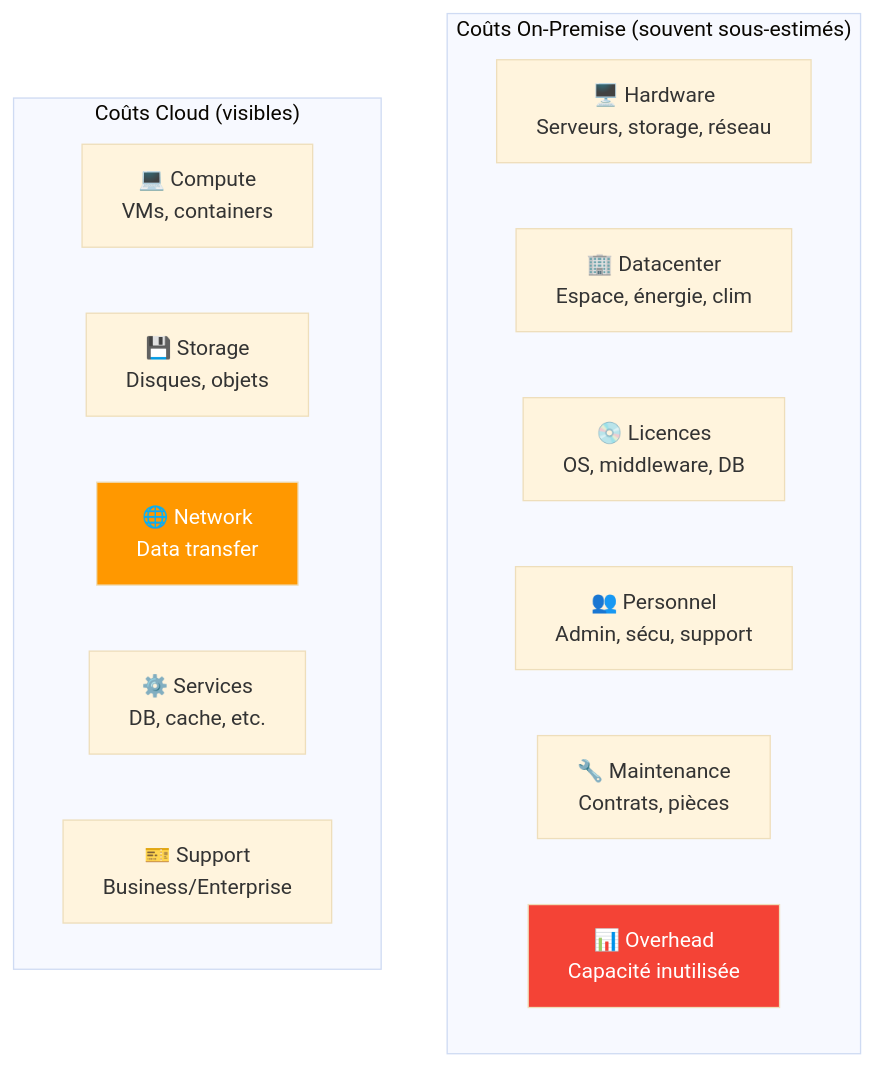
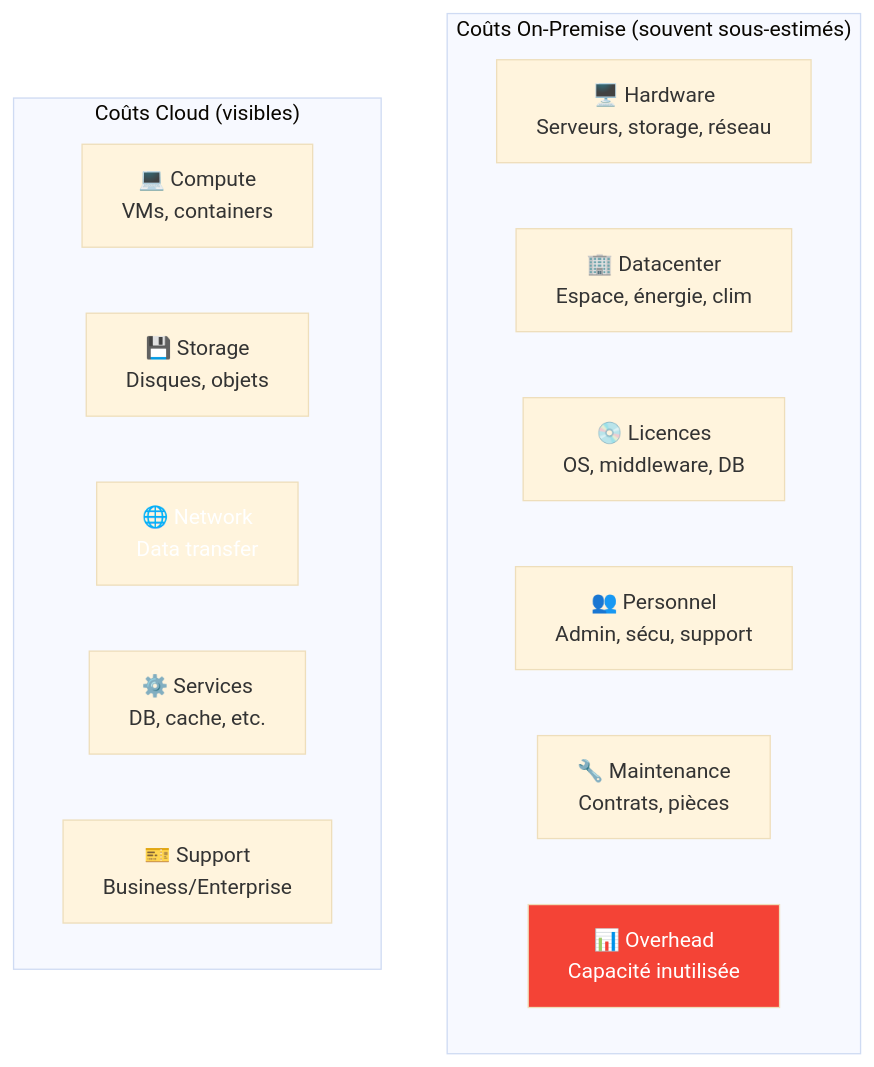
The sixth of 15 diagrams in docs/formations/cloud-fundamentals/11-module.md (VBlackJack/ShellBook), drawn with Mermaid (base theme) before and after one commit. The commit also changed other lines of this file and 337 other files, not shown here.

First line of the commit message:
refactor(docs): Standardize code blocks and Mermaid colors

````diff
--- a/docs/formations/cloud-fundamentals/11-module.md
+++ b/docs/formations/cloud-fundamentals/11-module.md
@@ -187,22 +187,22 @@
 ```mermaid
 graph TB
     subgraph "Coûts On-Premise (souvent sous-estimés)"
         HW["🖥️ Hardware<br/>Serveurs, storage, réseau"]
         DC["🏢 Datacenter<br/>Espace, énergie, clim"]
         SW["💿 Licences<br/>OS, middleware, DB"]
         STAFF["👥 Personnel<br/>Admin, sécu, support"]
         MAINT["🔧 Maintenance<br/>Contrats, pièces"]
         OVER["📊 Overhead<br/>Capacité inutilisée"]
     end
 
     subgraph "Coûts Cloud (visibles)"
         COMPUTE["💻 Compute<br/>VMs, containers"]
         STORAGE["💾 Storage<br/>Disques, objets"]
         NETWORK["🌐 Network<br/>Data transfer"]
         SERVICES["⚙️ Services<br/>DB, cache, etc."]
         SUPPORT["🎫 Support<br/>Business/Enterprise"]
     end
 
     style OVER fill:#f44336,color:#fff
-    style NETWORK fill:#ff9800,color:#fff
+    style NETWORK fill:#FF9800800800,color:#fff
 ```
````
